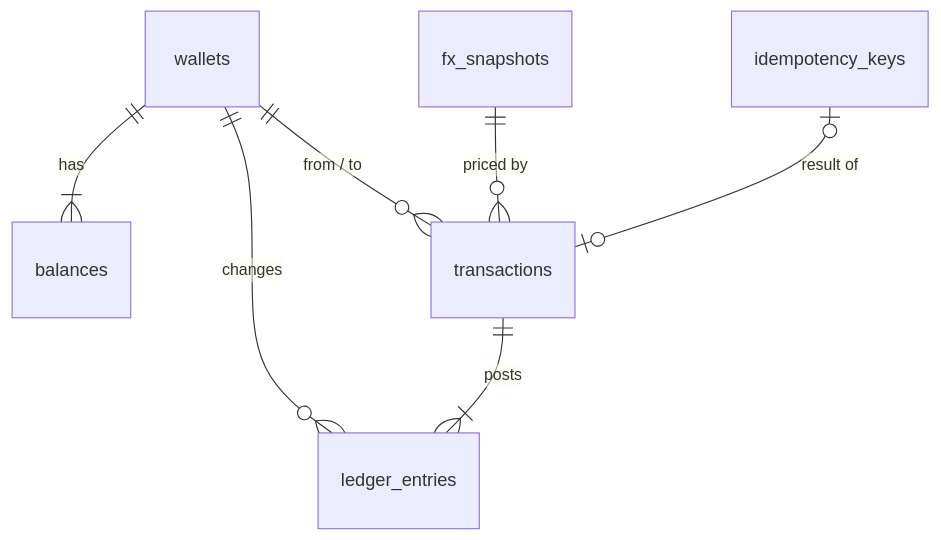
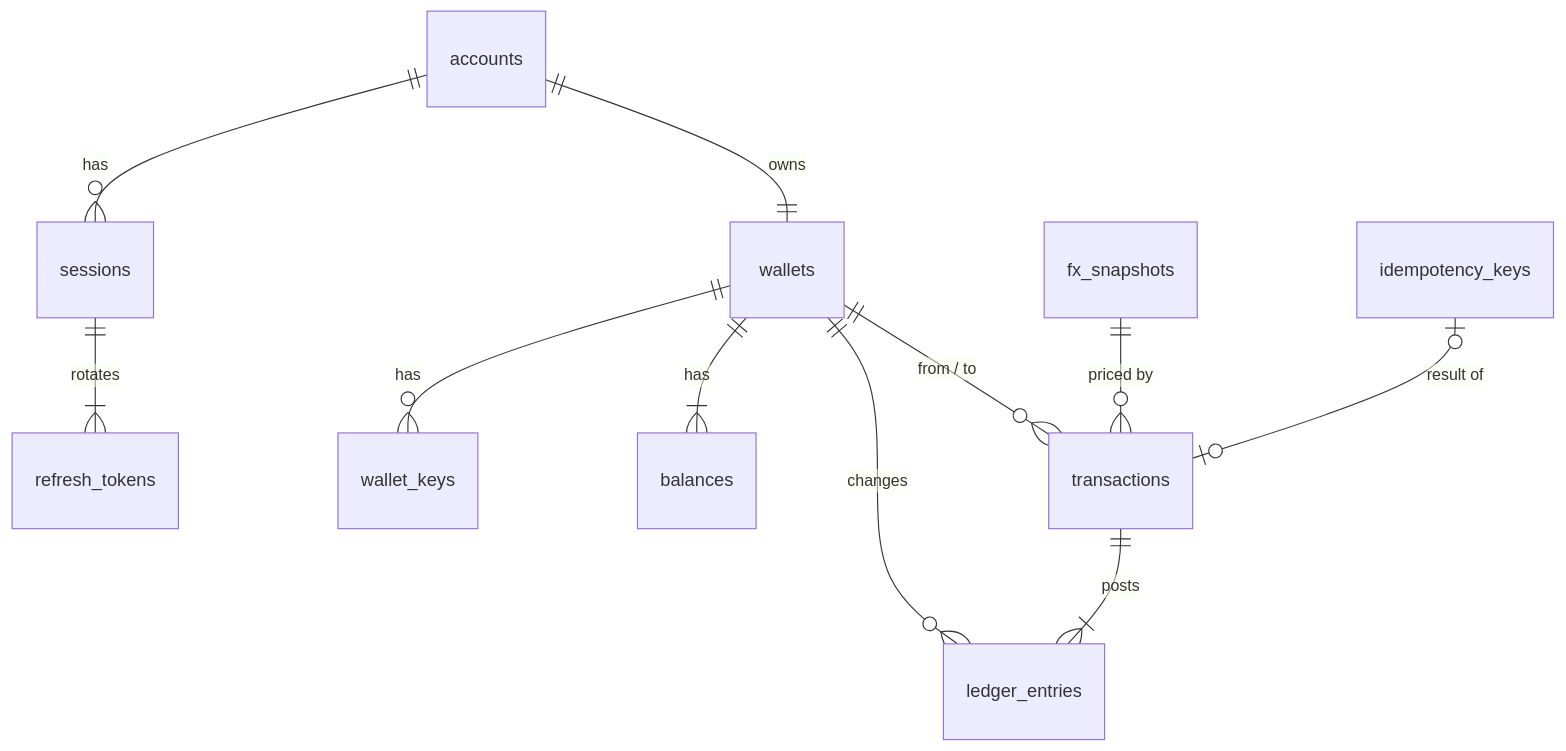
One commit to nobledeveloper01/operation-borderless changed the diagram in docs/database-design.md. Above: the diagram before and after it, drawn with Mermaid. The commit also changed other lines of this file and 17 other files, not shown here.

````diff
--- a/docs/database-design.md
+++ b/docs/database-design.md
@@ -21,9 +21,13 @@
 ```mermaid
 erDiagram
+  accounts ||--|| wallets : owns
+  accounts ||--o{ sessions : has
+  sessions ||--|{ refresh_tokens : rotates
+  wallets ||--o{ wallet_keys : has
   wallets ||--|{ balances : has
   wallets ||--o{ ledger_entries : "changes"
   transactions ||--|{ ledger_entries : "posts"
   wallets ||--o{ transactions : "from / to"
   fx_snapshots ||--o{ transactions : "priced by"
   idempotency_keys |o--o| transactions : "result of"
 ```
````
